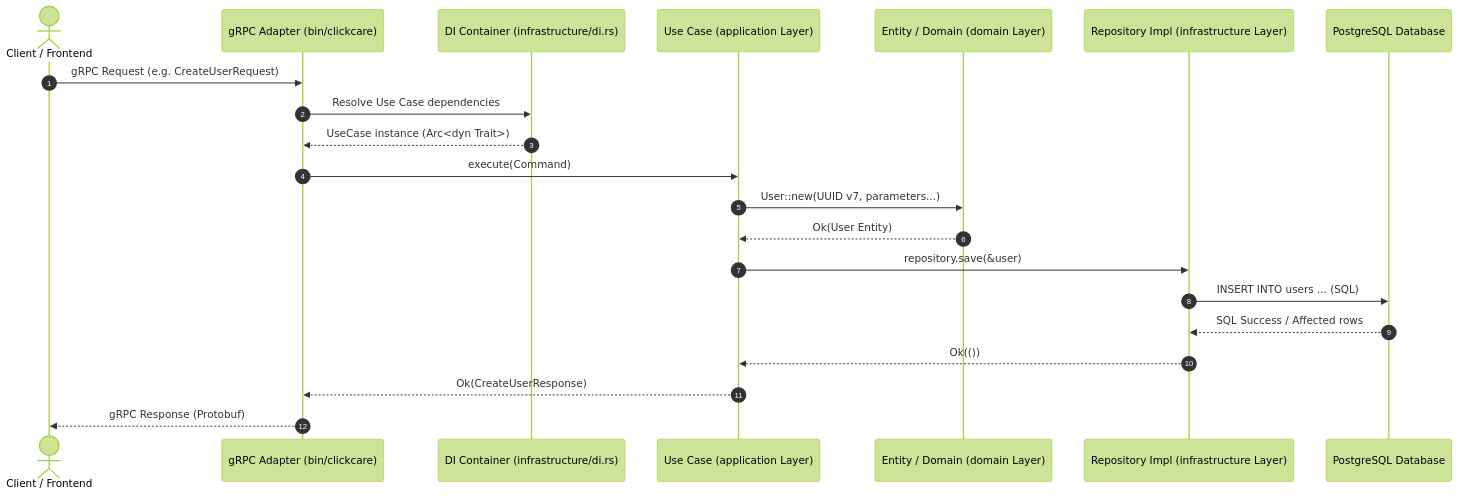
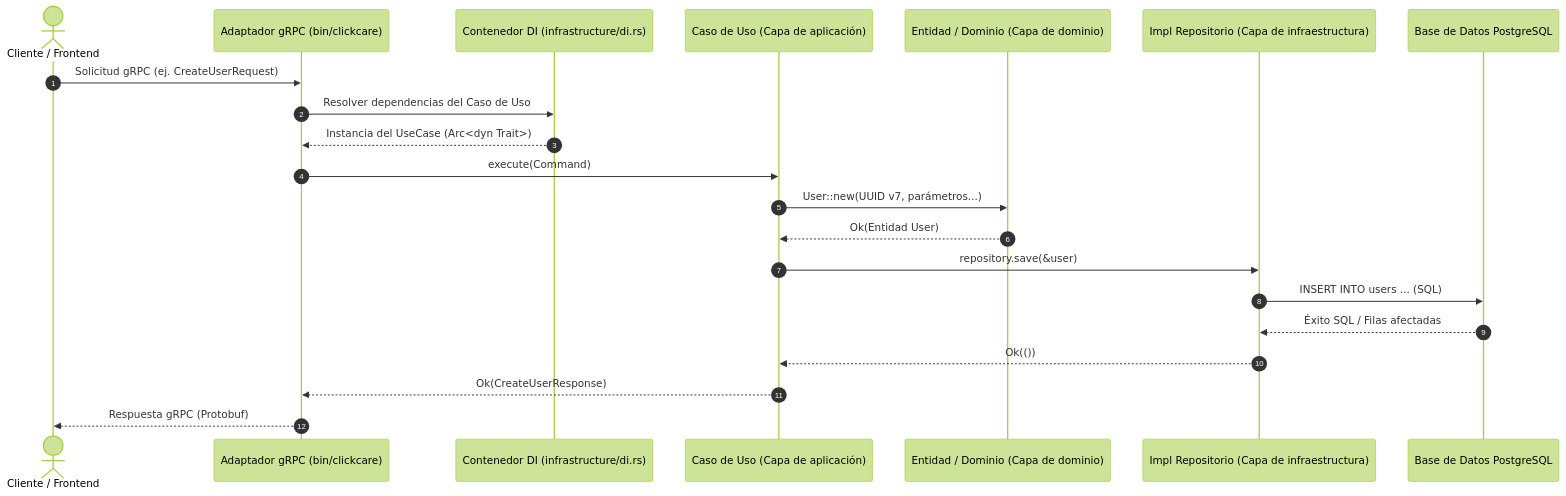
The ninth of 9 diagrams in backend/AGENTS.md (mamba-black/my-health-record), drawn with Mermaid (forest theme) before and after one commit. The commit also changed other lines of this file, not shown here.

````diff
--- a/backend/AGENTS.md
+++ b/backend/AGENTS.md
@@ -426,24 +421,24 @@
 ```mermaid
 sequenceDiagram
     autonumber
-    actor Client as Client / Frontend
-    participant gRPC as gRPC Adapter (bin/clickcare)
-    participant DI as DI Container (infrastructure/di.rs)
-    participant UseCase as Use Case (application Layer)
-    participant Domain as Entity / Domain (domain Layer)
-    participant Repo as Repository Impl (infrastructure Layer)
-    participant DB as PostgreSQL Database
+    actor Client as Cliente / Frontend
+    participant gRPC as Adaptador gRPC (bin/clickcare)
+    participant DI as Contenedor DI (infrastructure/di.rs)
+    participant UseCase as Caso de Uso (Capa de aplicación)
+    participant Domain as Entidad / Dominio (Capa de dominio)
+    participant Repo as Impl Repositorio (Capa de infraestructura)
+    participant DB as Base de Datos PostgreSQL
 
-    Client->>gRPC: gRPC Request (e.g. CreateUserRequest)
-    gRPC->>DI: Resolve Use Case dependencies
-    DI-->>gRPC: UseCase instance (Arc<dyn Trait>)
+    Client->>gRPC: Solicitud gRPC (ej. CreateUserRequest)
+    gRPC->>DI: Resolver dependencias del Caso de Uso
+    DI-->>gRPC: Instancia del UseCase (Arc<dyn Trait>)
     gRPC->>UseCase: execute(Command)
-    UseCase->>Domain: User::new(UUID v7, parameters...)
-    Domain-->>UseCase: Ok(User Entity)
+    UseCase->>Domain: User::new(UUID v7, parámetros...)
+    Domain-->>UseCase: Ok(Entidad User)
     UseCase->>Repo: repository.save(&user)
     Repo->>DB: INSERT INTO users ... (SQL)
-    DB-->>Repo: SQL Success / Affected rows
+    DB-->>Repo: Éxito SQL / Filas afectadas
     Repo-->>UseCase: Ok(())
     UseCase-->>gRPC: Ok(CreateUserResponse)
-    gRPC-->>Client: gRPC Response (Protobuf)
+    gRPC-->>Client: Respuesta gRPC (Protobuf)
 ```
````
